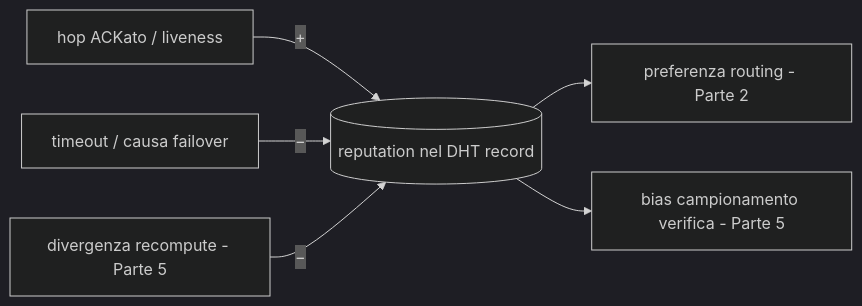
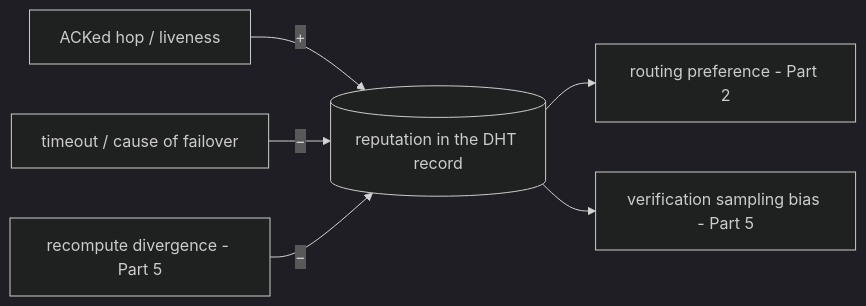
The diagram in docs/prd/part-4-incentives-reputation.md (babelfornet/eujeno), drawn with Mermaid (dark theme) before and after one commit. The commit also changed other lines of this file and 34 other files, not shown here.

````diff
--- a/docs/prd/part-4-incentives-reputation.md
+++ b/docs/prd/part-4-incentives-reputation.md
@@ -25,8 +25,8 @@
 ```mermaid
 flowchart LR
-    HOP[hop ACKato / liveness] -->|+| REP[(reputation nel DHT record)]
-    TO[timeout / causa failover] -->|−| REP
-    DIV[divergenza recompute - Parte 5] -->|−| REP
-    REP --> ROUTE[preferenza routing - Parte 2]
-    REP --> SAMP[bias campionamento verifica - Parte 5]
+    HOP[ACKed hop / liveness] -->|+| REP[(reputation in the DHT record)]
+    TO[timeout / cause of failover] -->|−| REP
+    DIV[recompute divergence - Part 5] -->|−| REP
+    REP --> ROUTE[routing preference - Part 2]
+    REP --> SAMP[verification sampling bias - Part 5]
 ```
````
